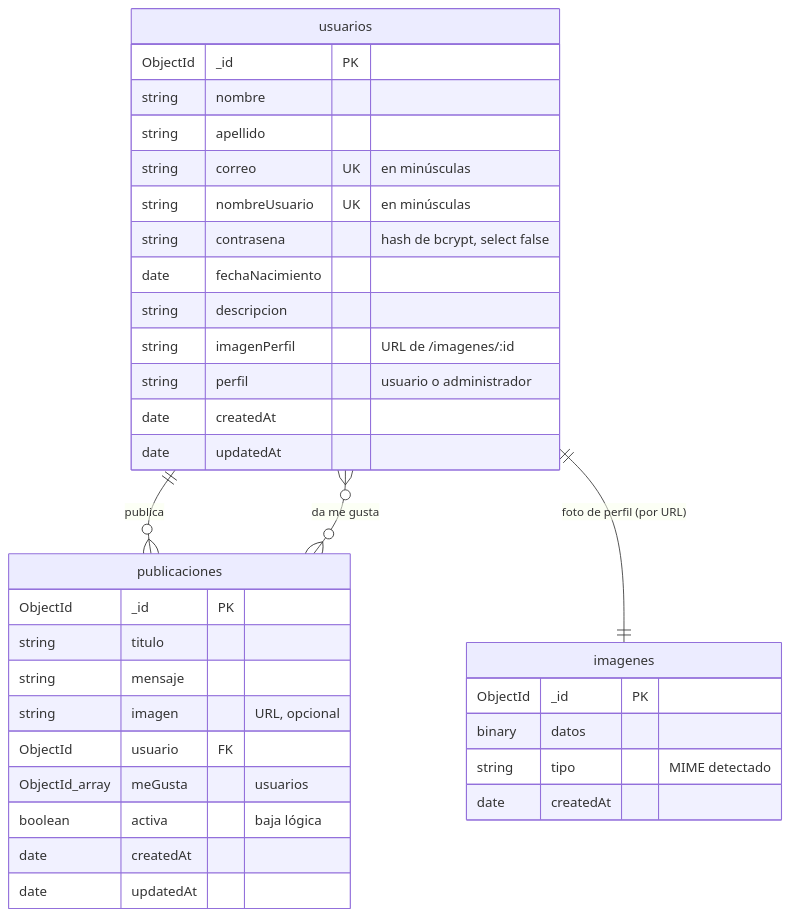
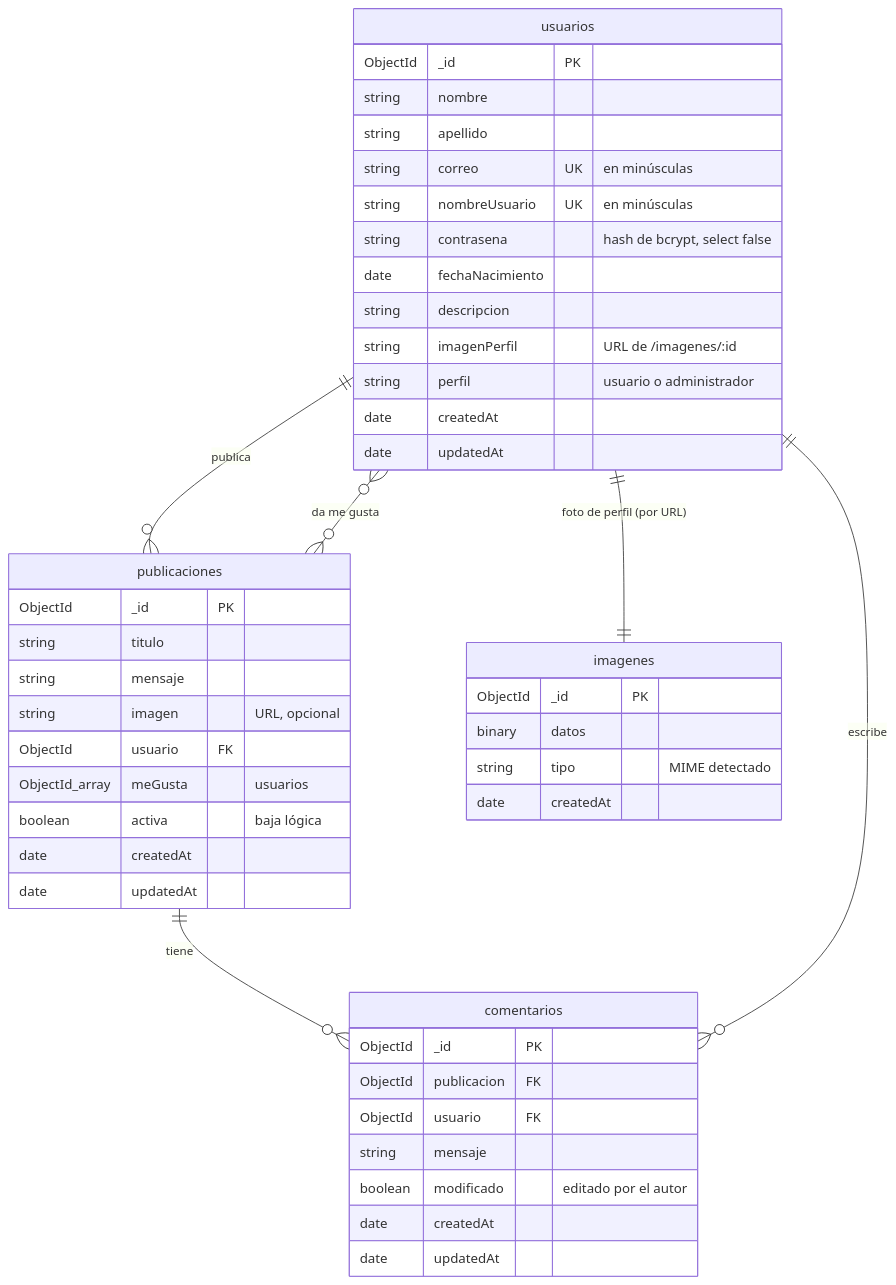
Before and after one commit to KevinPlucci/Plaza-Red-Social: the diagram in TECNICO.md, drawn with Mermaid. The commit also changed other lines of this file and 42 other files, not shown here.

````diff
--- a/TECNICO.md
+++ b/TECNICO.md
@@ -164,37 +193,48 @@
 ```mermaid
 erDiagram
   usuarios ||--o{ publicaciones : "publica"
   usuarios }o--o{ publicaciones : "da me gusta"
   usuarios ||--|| imagenes : "foto de perfil (por URL)"
+  publicaciones ||--o{ comentarios : "tiene"
+  usuarios ||--o{ comentarios : "escribe"
   usuarios {
     ObjectId _id PK
     string nombre
     string apellido
     string correo UK "en minúsculas"
     string nombreUsuario UK "en minúsculas"
     string contrasena "hash de bcrypt, select false"
     date fechaNacimiento
     string descripcion
     string imagenPerfil "URL de /imagenes/:id"
     string perfil "usuario o administrador"
     date createdAt
     date updatedAt
   }
   publicaciones {
     ObjectId _id PK
     string titulo
     string mensaje
     string imagen "URL, opcional"
     ObjectId usuario FK
     ObjectId_array meGusta "usuarios"
     boolean activa "baja lógica"
     date createdAt
     date updatedAt
   }
   imagenes {
     ObjectId _id PK
     binary datos
     string tipo "MIME detectado"
     date createdAt
   }
+  comentarios {
+    ObjectId _id PK
+    ObjectId publicacion FK
+    ObjectId usuario FK
+    string mensaje
+    boolean modificado "editado por el autor"
+    date createdAt
+    date updatedAt
+  }
 ```
````
